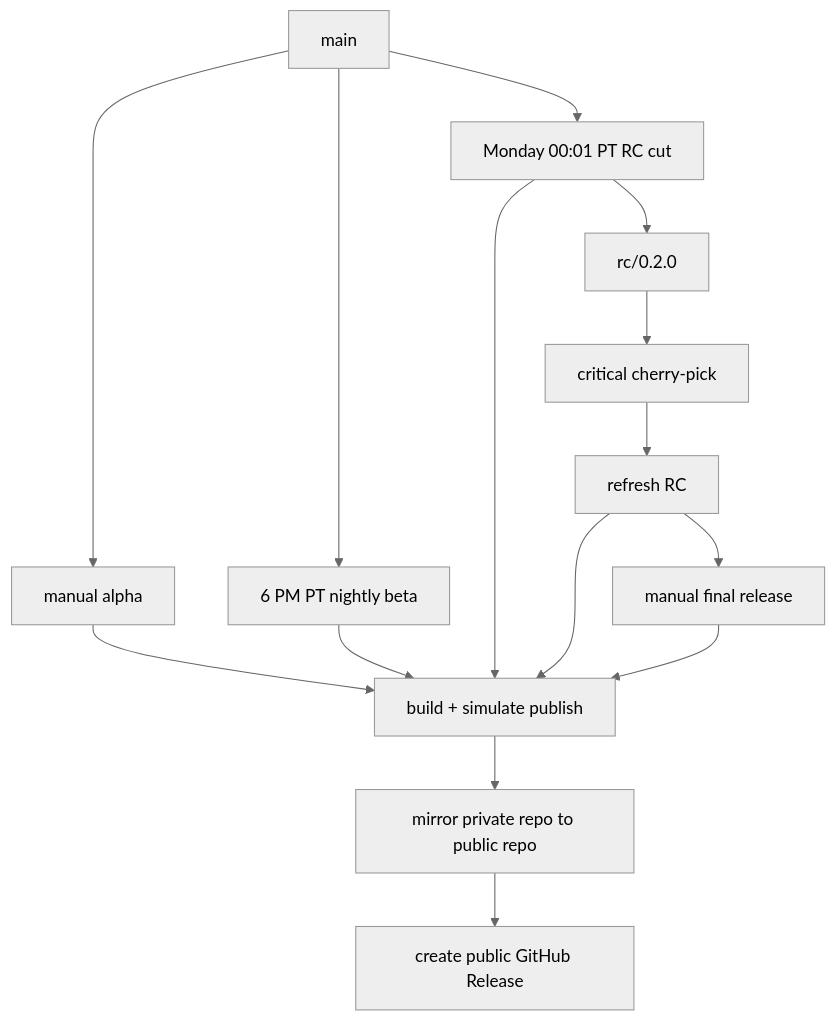
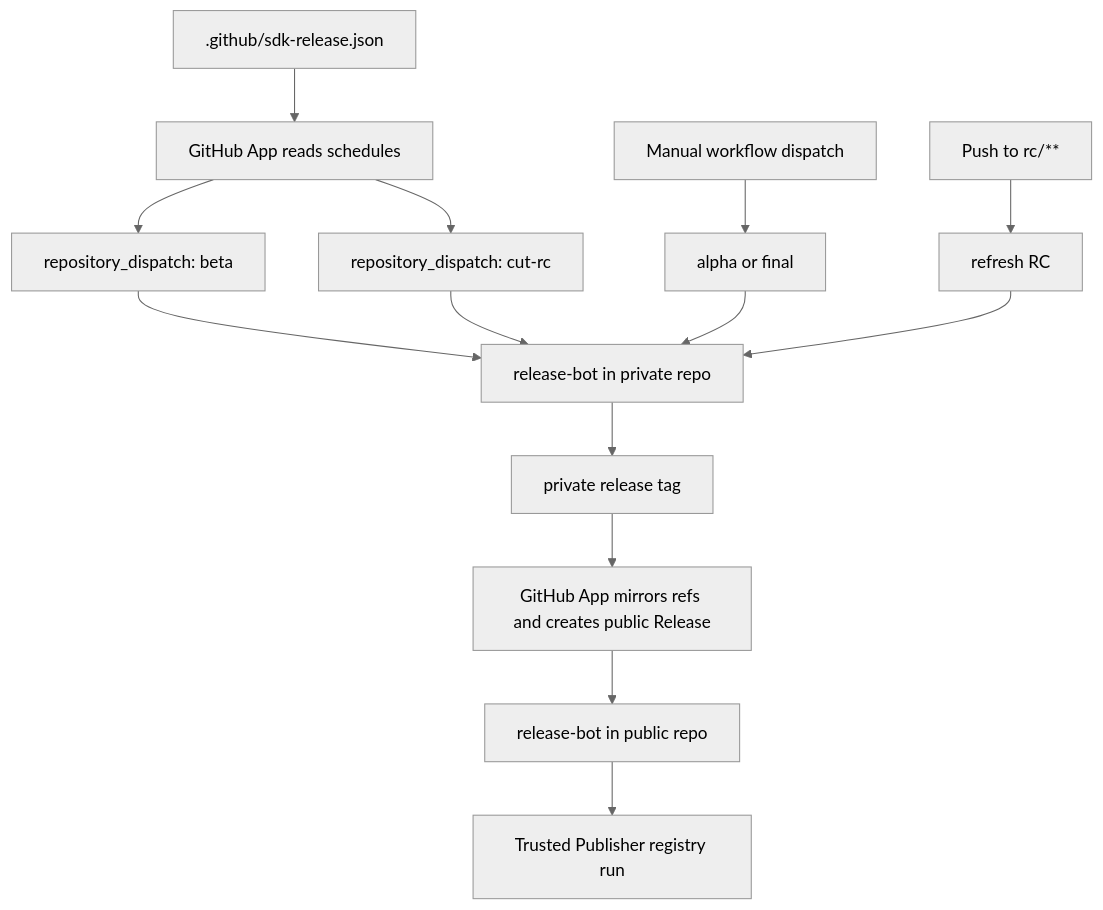
Before and after one commit to loomb-oai/test-public-repo: the diagram in README.md, drawn with Mermaid (neutral theme). The commit also changed other lines of this file and 12 other files, not shown here.

Commit message:
refactor: model app-driven release control plane

````diff
--- a/README.md
+++ b/README.md
@@ -47,17 +52,16 @@
 ```mermaid
 flowchart TD
-  A["main"] --> B["manual alpha"]
-  A --> C["6 PM PT nightly beta"]
-  A --> D["Monday 00:01 PT RC cut"]
-  D --> E["rc/0.2.0"]
-  E --> F["critical cherry-pick"]
-  F --> G["refresh RC"]
-  G --> H["manual final release"]
-  B --> I["build + simulate publish"]
-  C --> I
+  A[".github/sdk-release.json"] --> B["GitHub App reads schedules"]
+  B --> C["repository_dispatch: beta"]
+  B --> D["repository_dispatch: cut-rc"]
+  E["Manual workflow dispatch"] --> F["alpha or final"]
+  G["Push to rc/**"] --> H["refresh RC"]
+  C --> I["release-bot in private repo"]
   D --> I
-  G --> I
+  F --> I
   H --> I
-  I --> J["mirror private repo to public repo"]
-  J --> K["create public GitHub Release"]
+  I --> J["private release tag"]
+  J --> K["GitHub App mirrors refs and creates public Release"]
+  K --> L["release-bot in public repo"]
+  L --> M["Trusted Publisher registry run"]
 ```
````
